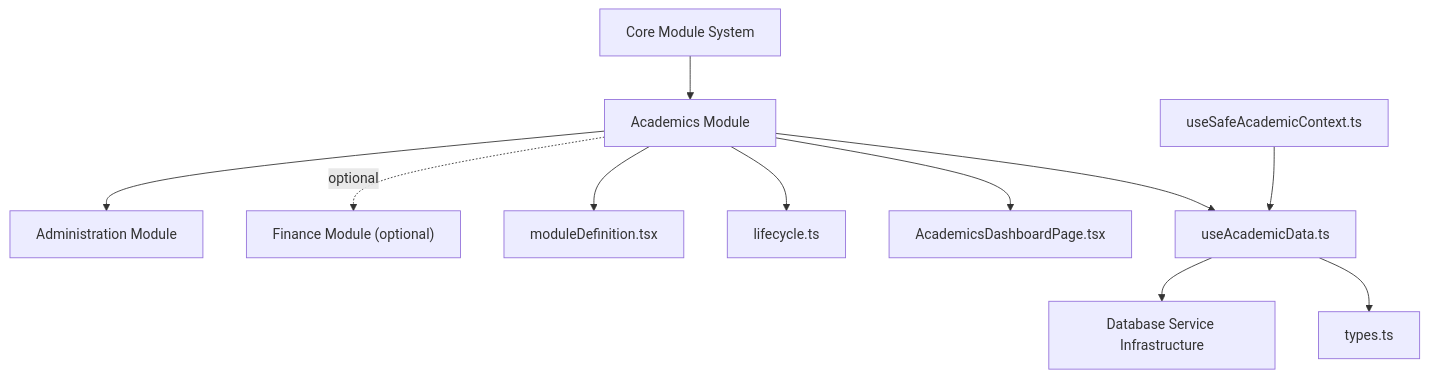
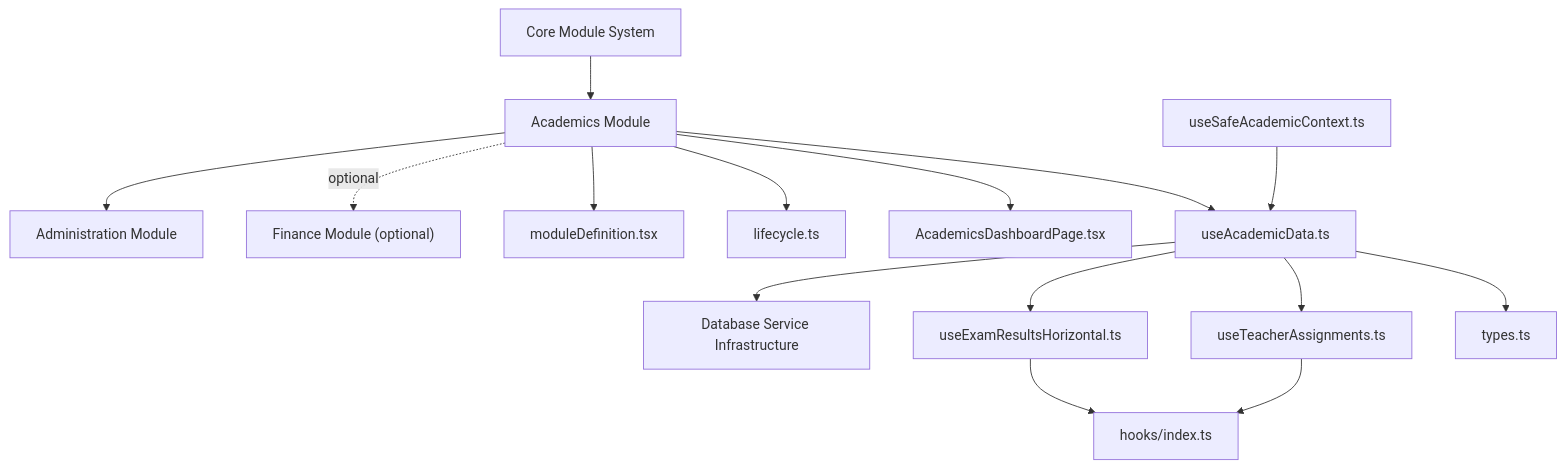
The second of 8 diagrams in .qoder/repowiki/en/content/Modules System/Academics Module.md (geniusdynamics/schoolpilot), drawn with Mermaid before and after one commit. The commit also changed other lines of this file and 21 other files, not shown here.

````diff
--- a/.qoder/repowiki/en/content/Modules System/Academics Module.md
+++ b/.qoder/repowiki/en/content/Modules System/Academics Module.md
@@ -100,24 +118,31 @@
 ```mermaid
 graph TB
 Core["Core Module System"]
 Admin["Administration Module"]
 Finance["Finance Module (optional)"]
 DB["Database Service Infrastructure"]
 AM["Academics Module"]
 MD["moduleDefinition.tsx"]
 LC["lifecycle.ts"]
 DP["AcademicsDashboardPage.tsx"]
 DATA["useAcademicData.ts"]
+CVH["useExamResultsHorizontal.ts"]
+CTA["useTeacherAssignments.ts"]
+HOOKS["hooks/index.ts"]
 TYPES["types.ts"]
 SAFE["useSafeAcademicContext.ts"]
 Core --> AM
 AM --> MD
 AM --> LC
 AM --> DP
 AM --> DATA
+DATA --> CVH
+DATA --> CTA
 DATA --> DB
 DATA --> TYPES
+CVH --> HOOKS
+CTA --> HOOKS
 SAFE --> DATA
 AM -. optional .-> Finance
 AM --> Admin
 ```
````
